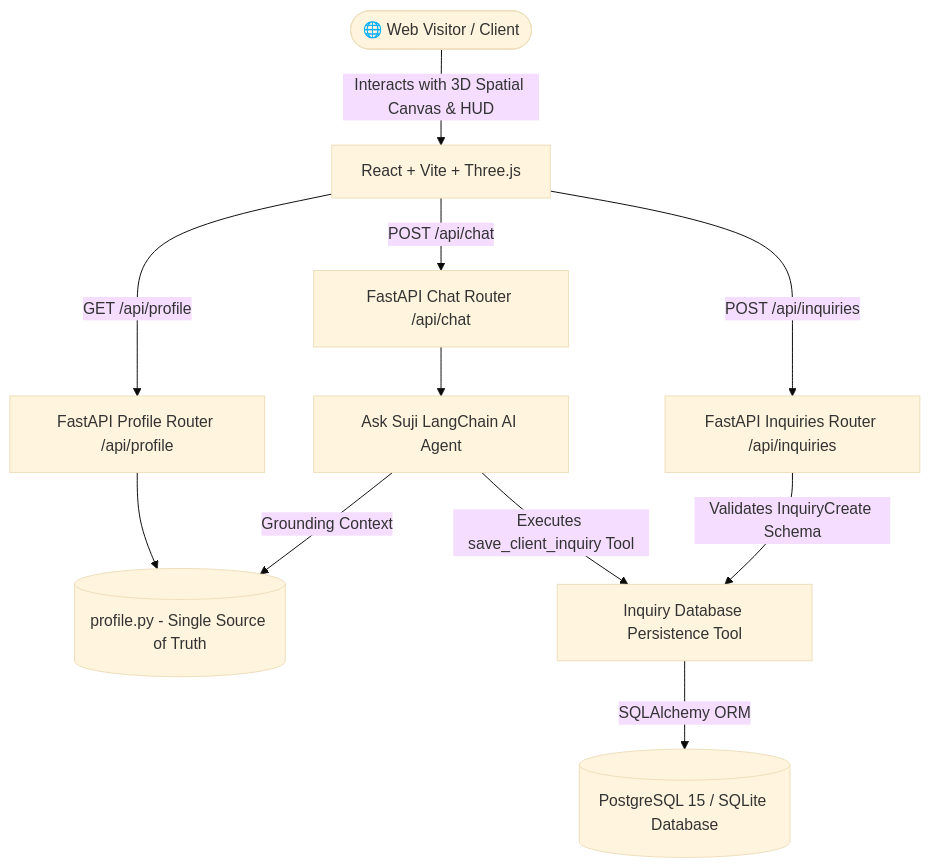
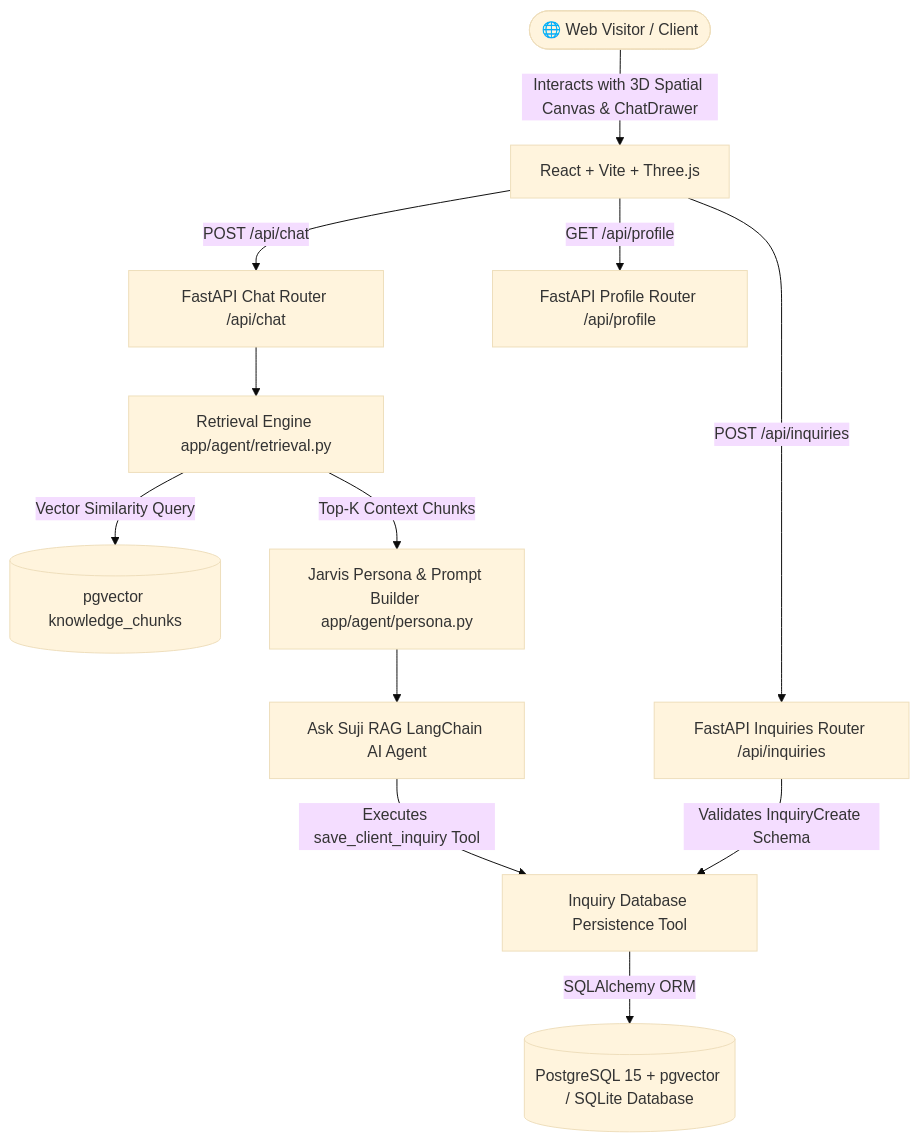
One commit to Sujitapatel11/SujiPortfolio changed the diagram in README.md. Above: the diagram before and after it, drawn with Mermaid (base theme). The commit also changed other lines of this file and 40 other files, not shown here.

Commit message:
Update portfolio project: AI agent integration, RAG pipeline, admin connectors, and frontend components

````diff
--- a/README.md
+++ b/README.md
@@ -62,16 +95,17 @@
 ```mermaid
 graph TD
-    User([🌐 Web Visitor / Client]) -->|Interacts with 3D Spatial Canvas & HUD| Frontend[React + Vite + Three.js]
+    User([🌐 Web Visitor / Client]) -->|Interacts with 3D Spatial Canvas & ChatDrawer| Frontend[React + Vite + Three.js]
     Frontend -->|POST /api/chat| ChatRoute[FastAPI Chat Router /api/chat]
     Frontend -->|POST /api/inquiries| InquiryRoute[FastAPI Inquiries Router /api/inquiries]
     Frontend -->|GET /api/profile| ProfileRoute[FastAPI Profile Router /api/profile]
     
-    ChatRoute --> AgentEngine["Ask Suji" LangChain AI Agent]
-    ProfileRoute --> ProfileData[(profile.py - Single Source of Truth)]
-    AgentEngine -->|Grounding Context| ProfileData
+    ChatRoute --> RetrievalEngine[Retrieval Engine app/agent/retrieval.py]
+    RetrievalEngine -->|Vector Similarity Query| VectorDB[(pgvector knowledge_chunks)]
+    RetrievalEngine -->|Top-K Context Chunks| PersonaLayer[Jarvis Persona & Prompt Builder app/agent/persona.py]
+    PersonaLayer --> AgentEngine["Ask Suji" RAG LangChain AI Agent]
     
     AgentEngine -->|Executes save_client_inquiry Tool| Tool[Inquiry Database Persistence Tool]
     InquiryRoute -->|Validates InquiryCreate Schema| Tool
     
-    Tool -->|SQLAlchemy ORM| DB[(PostgreSQL 15 / SQLite Database)]
+    Tool -->|SQLAlchemy ORM| DB[(PostgreSQL 15 + pgvector / SQLite Database)]
 ```
````
